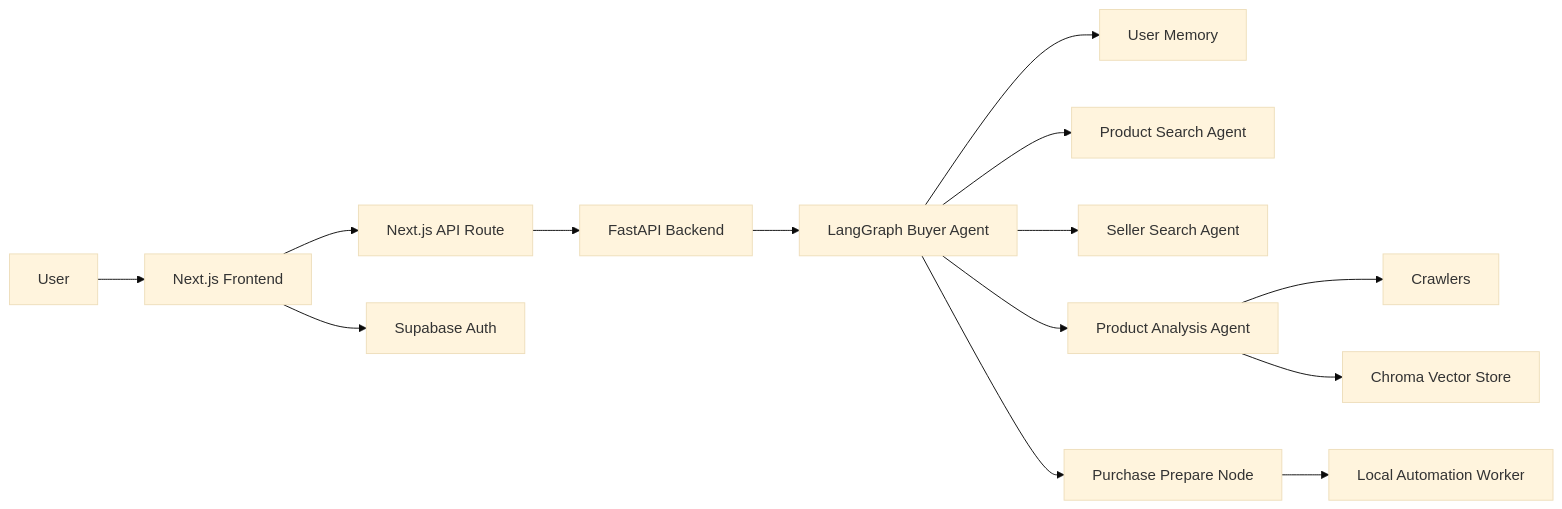
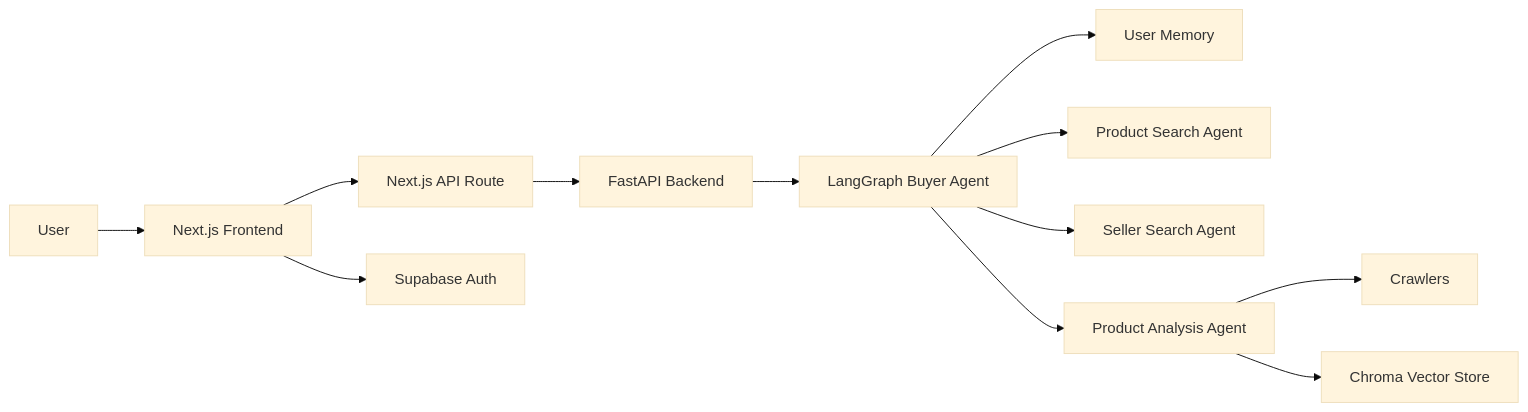
One commit to DataChuLee/buyer-agent-web changed the first of 3 diagrams in README.md. Above: the diagram before and after it, drawn with Mermaid (base theme). The commit also changed other lines of this file, not shown here.

First line of the commit message:
docs(readme): add key results summary and remove unfinished purchase automation

````diff
--- a/README.md
+++ b/README.md
@@ -125,18 +114,16 @@
 ```mermaid
 flowchart LR
     U[User] --> FE[Next.js Frontend]
     FE --> API[Next.js API Route]
     API --> BE[FastAPI Backend]
     BE --> LG[LangGraph Buyer Agent]
 
     LG --> MEM[User Memory]
     LG --> PS[Product Search Agent]
     LG --> SS[Seller Search Agent]
     LG --> PA[Product Analysis Agent]
-    LG --> PP[Purchase Prepare Node]
 
     PA --> CR[Crawlers]
     PA --> VS[Chroma Vector Store]
-    PP --> AW[Local Automation Worker]
     FE --> SB[Supabase Auth]
 ```
````
